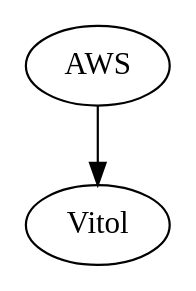
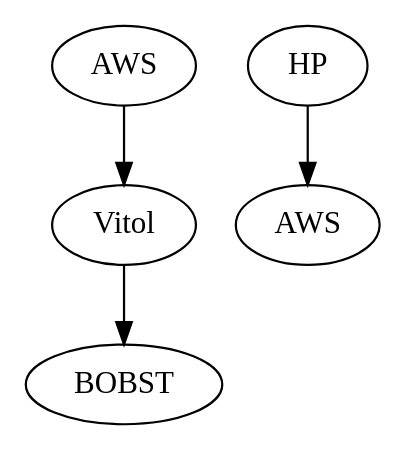
One commit to SolomonTracker/bobstracker changed the diagram in demo/.graph.gv. Above: the diagram before and after it, drawn with Graphviz. The commit also changed 14 other files, not shown here.

```diff
--- a/demo/.graph.gv
+++ b/demo/.graph.gv
@@ -1,6 +1,11 @@
 // Package Life Graph
 digraph {
-	AWS
-	Vitol
-	AWS -> Vitol
+	00 [label=AWS]
+	01 [label=Vitol]
+	00 -> 01
+	02 [label=BOBST]
+	01 -> 02
+	10 [label=HP]
+	11 [label=AWS]
+	10 -> 11
 }
```
